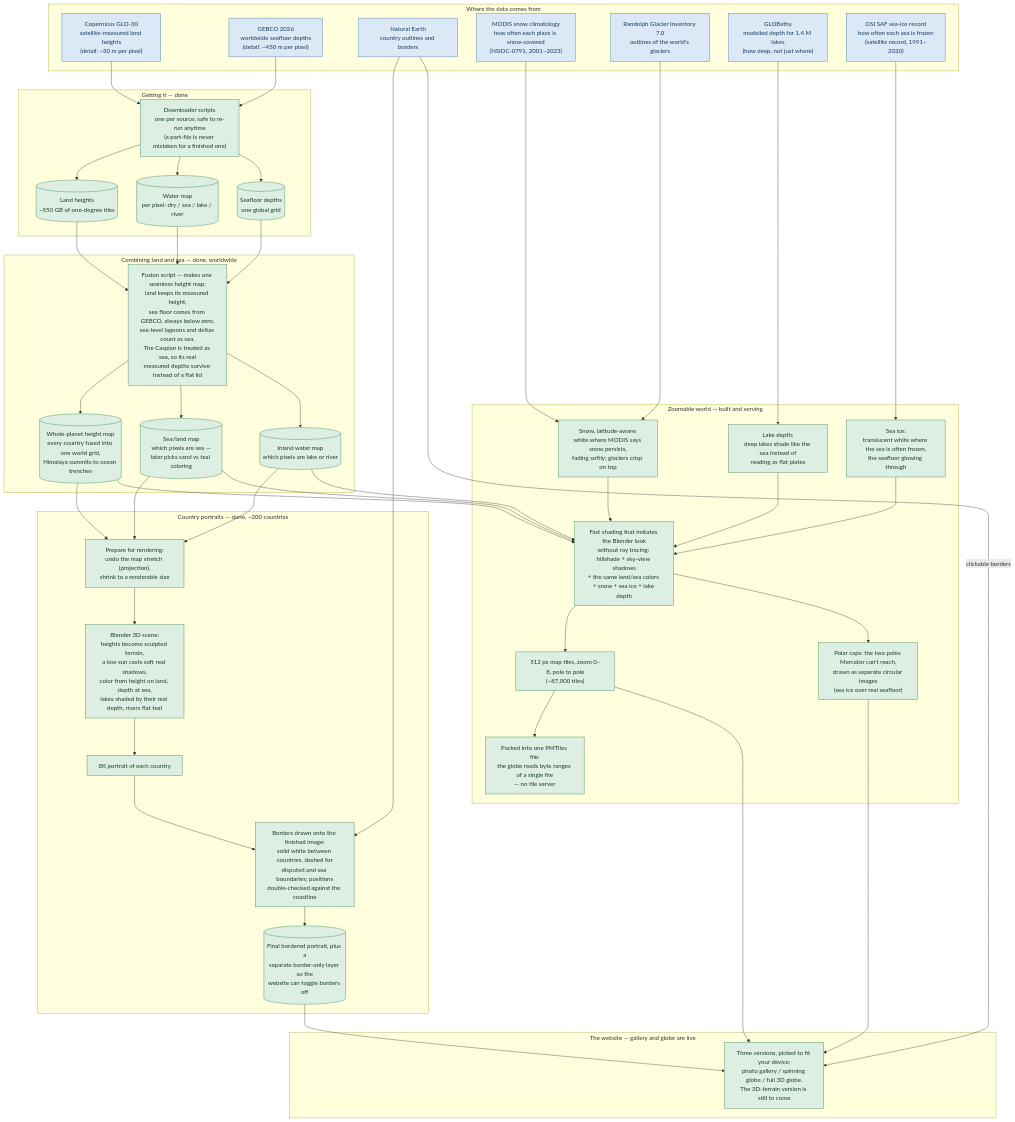
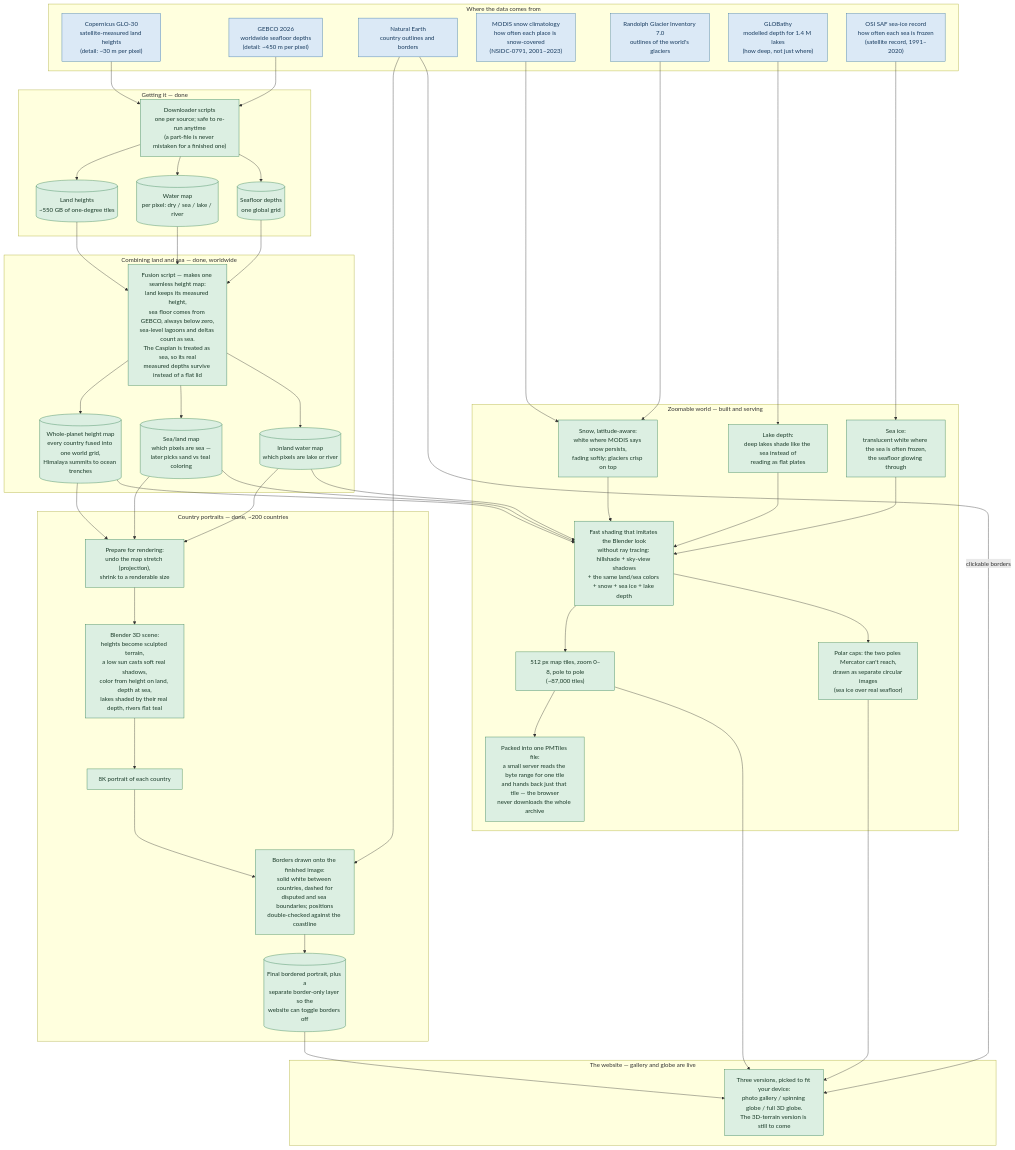
The diagram in docs/pipeline-overview.mmd (Alchez/terrella), drawn with Mermaid before and after one commit. The commit also changed 79 other files, not shown here.

Commit message:
docs: correct the serving architecture, drop README's status section, and prune dated narrative from the codebase

```diff
--- a/docs/pipeline-overview.mmd
+++ b/docs/pipeline-overview.mmd
@@ -1,102 +1,102 @@
 %% Plain-language overview. Technical companion: pipeline-detail.mmd — update both together.
 
 flowchart TD
 
   subgraph SRC["Where the data comes from"]
     S1["Copernicus GLO-30<br/>satellite-measured land heights<br/>(detail: ~30 m per pixel)"]
     S2["GEBCO 2026<br/>worldwide seafloor depths<br/>(detail: ~450 m per pixel)"]
     S3["Natural Earth<br/>country outlines and borders"]
     S4["MODIS snow climatology<br/>how often each place is snow-covered<br/>(NSIDC-0791, 2001–2023)"]
     S5["Randolph Glacier Inventory 7.0<br/>outlines of the world's glaciers"]
     S6["GLOBathy<br/>modelled depth for 1.4 M lakes<br/>(how deep, not just where)"]
     S7["OSI SAF sea-ice record<br/>how often each sea is frozen<br/>(satellite record, 1991–2020)"]
   end
 
   subgraph ACQ["Getting it — done"]
     D1["Downloader scripts<br/>one per source; safe to re-run anytime<br/>(a part-file is never mistaken for a finished one)"]
     R1[("Land heights<br/>~550 GB of one-degree tiles")]
     R2[("Water map<br/>per pixel: dry / sea / lake / river")]
     R3[("Seafloor depths<br/>one global grid")]
   end
 
   S1 --> D1
   S2 --> D1
   D1 --> R1
   D1 --> R2
   D1 --> R3
 
   subgraph FUSE["Combining land and sea — done, worldwide"]
     F["Fusion script — makes one seamless height map:<br/>land keeps its measured height,<br/>sea floor comes from GEBCO, always below zero,<br/>sea-level lagoons and deltas count as sea.<br/>The Caspian is treated as sea, so its real<br/>measured depths survive instead of a flat lid"]
     O1[("Whole-planet height map<br/>every country fused into one world grid,<br/>Himalaya summits to ocean trenches")]
     O2[("Sea/land map<br/>which pixels are sea —<br/>later picks sand vs teal coloring")]
     O3[("Inland water map<br/>which pixels are lake or river")]
   end
 
   R1 --> F
   R2 --> F
   R3 --> F
   F --> O1
   F --> O2
   F --> O3
 
   subgraph HERO["Country portraits — done, ~200 countries"]
     P["Prepare for rendering:<br/>undo the map stretch (projection),<br/>shrink to a renderable size"]
     B["Blender 3D scene:<br/>heights become sculpted terrain,<br/>a low sun casts soft real shadows,<br/>color from height on land, depth at sea,<br/>lakes shaded by their real depth, rivers flat teal"]
     H8["8K portrait of each country"]
     OV["Borders drawn onto the finished image:<br/>solid white between countries, dashed for<br/>disputed and sea boundaries; positions<br/>double-checked against the coastline"]
     HF[("Final bordered portrait, plus a<br/>separate border-only layer so the<br/>website can toggle borders off")]
   end
 
   O1 --> P
   O2 --> P
   O3 --> P
   P --> B
   B --> H8
   H8 --> OV
   S3 --> OV
   OV --> HF
 
   subgraph TILES["Zoomable world — built and serving"]
     T3["Snow, latitude-aware:<br/>white where MODIS says snow persists,<br/>fading softly; glaciers crisp on top"]
     T4["Lake depth:<br/>deep lakes shade like the sea instead of<br/>reading as flat plates"]
     T6["Sea ice:<br/>translucent white where the sea is often frozen,<br/>the seafloor glowing through"]
     T1["Fast shading that imitates the Blender look<br/>without ray tracing: hillshade + sky-view shadows<br/>+ the same land/sea colors + snow + sea ice + lake depth"]
     T2["512 px map tiles, zoom 0–8, pole to pole<br/>(~87,000 tiles)"]
-    T5["Packed into one PMTiles file:<br/>the globe reads byte ranges of a single file<br/>— no tile server"]
+    T5["Packed into one PMTiles file:<br/>a small server reads the byte range for one tile<br/>and hands back just that tile — the browser<br/>never downloads the whole archive"]
     T7["Polar caps: the two poles Mercator can't reach,<br/>drawn as separate circular images<br/>(sea ice over real seafloor)"]
   end
 
   O1 --> T1
   O2 --> T1
   O3 --> T1
   S4 --> T3
   S5 --> T3
   S6 --> T4
   S7 --> T6
   T3 --> T1
   T4 --> T1
   T6 --> T1
   T1 --> T2
   T1 --> T7
   T2 --> T5
 
   subgraph SITE["The website — gallery and globe are live"]
     W["Three versions, picked to fit your device:<br/>photo gallery / spinning globe / full 3D globe.<br/>The 3D-terrain version is still to come"]
   end
 
   T2 --> W
   T7 --> W
   HF --> W
   S3 -->|clickable borders| W
 
   classDef ext fill:#dbe9f6,stroke:#3572a5,color:#173a5e
   classDef done fill:#dcefe2,stroke:#2e7d4f,color:#1a3a28
   classDef next fill:#fdf3d7,stroke:#b8860b,color:#4a3a10
   classDef plan fill:#eceff1,stroke:#78909c,color:#37474f
 
   class S1,S2,S3,S4,S5,S6,S7 ext
   class D1,R1,R2,R3 done
   class F,O1,O2,O3 done
   class P,B,H8,OV,HF done
   class T1,T2,T3,T4,T5,T6,T7 done
   class W done
```
